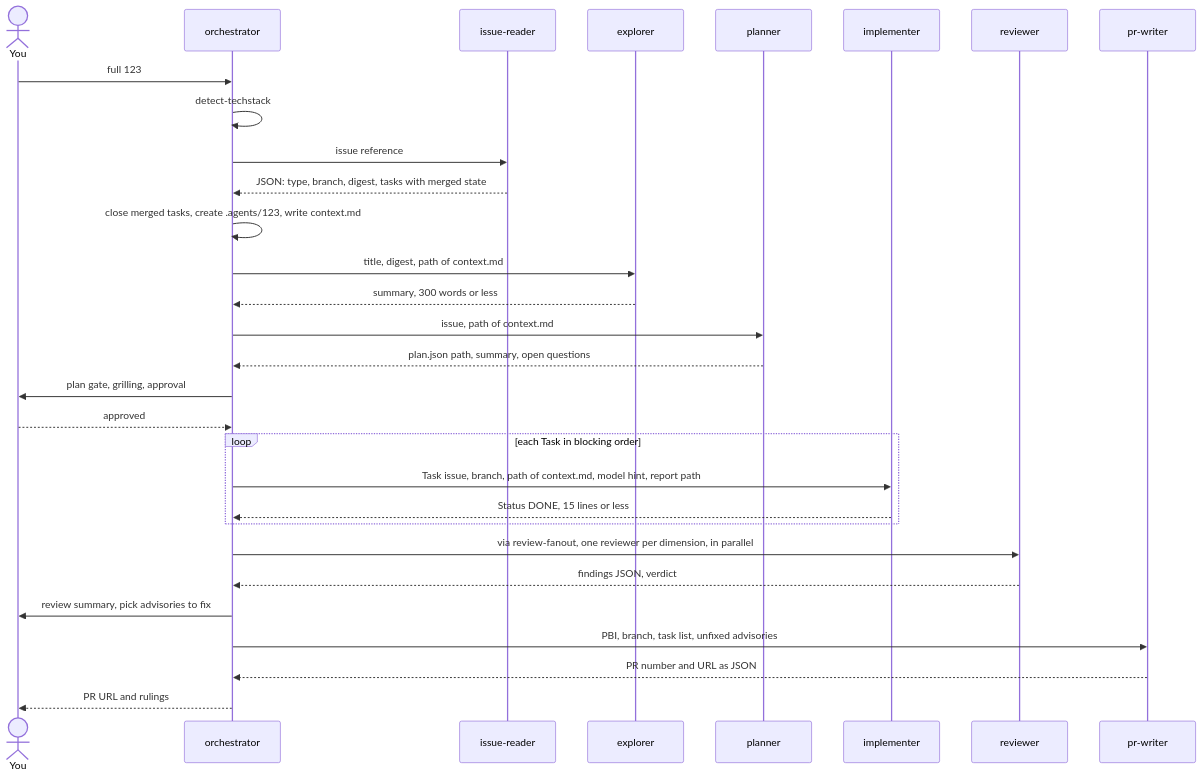
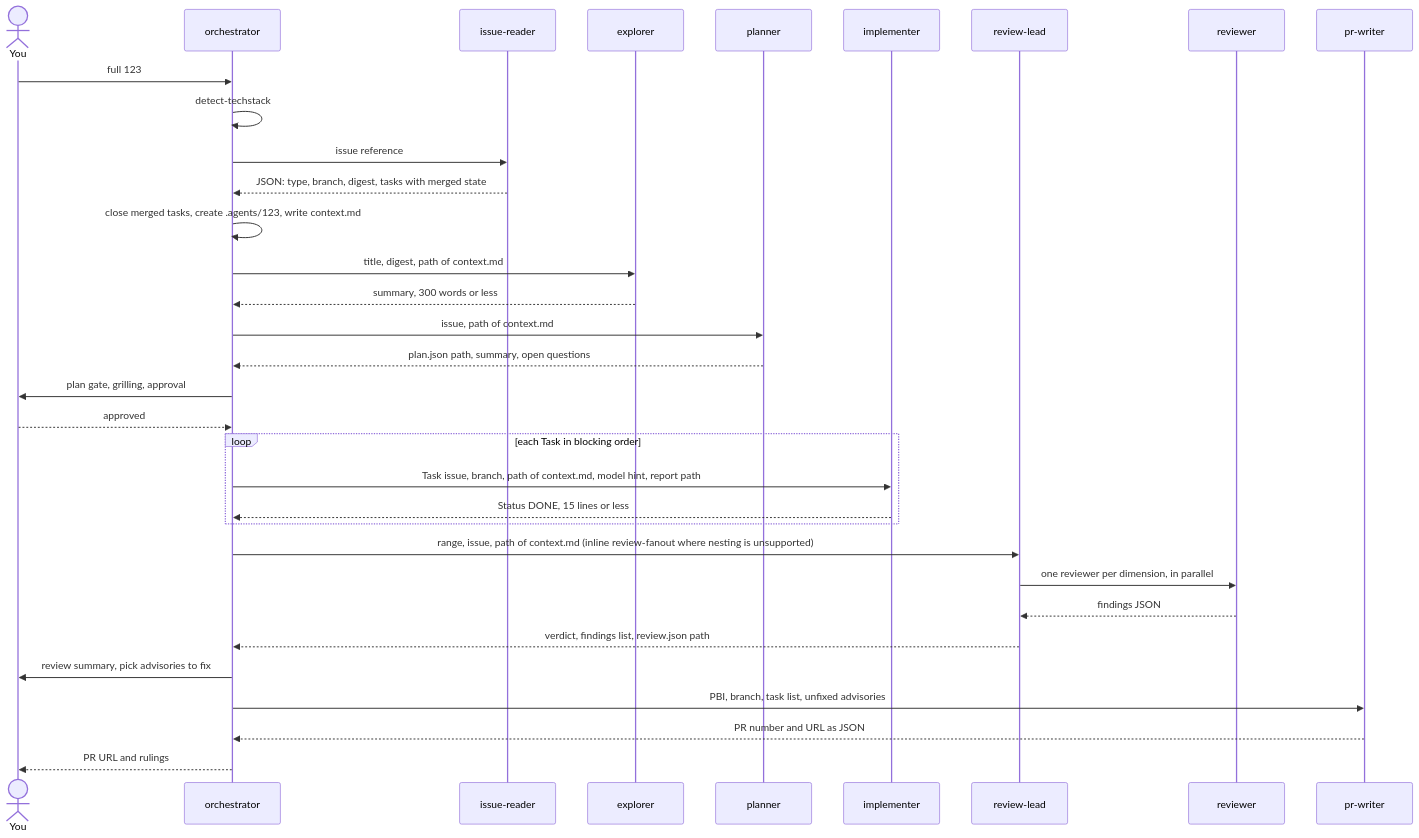
One commit to GravionLabs/apm-hub changed the third of 11 diagrams in docs/orchestrator.md. Above: the diagram before and after it, drawn with Mermaid. The commit also changed other lines of this file and 6 other files, not shown here.

First line of the commit message:
feat: dispatch review-lead in the review phase where nesting is supported (#307)

````diff
--- a/docs/orchestrator.md
+++ b/docs/orchestrator.md
@@ -87,32 +89,35 @@
 ```mermaid
 sequenceDiagram
     actor U as You
     participant O as orchestrator
     participant D as issue-reader
     participant E as explorer
     participant P as planner
     participant I as implementer
+    participant L as review-lead
     participant R as reviewer
     participant W as pr-writer
     U->>O: full 123
     O->>O: detect-techstack
     O->>D: issue reference
     D-->>O: JSON: type, branch, digest, tasks with merged state
     O->>O: close merged tasks, create .agents/123, write context.md
     O->>E: title, digest, path of context.md
     E-->>O: summary, 300 words or less
     O->>P: issue, path of context.md
     P-->>O: plan.json path, summary, open questions
     O->>U: plan gate, grilling, approval
     U-->>O: approved
     loop each Task in blocking order
         O->>I: Task issue, branch, path of context.md, model hint, report path
         I-->>O: Status DONE, 15 lines or less
     end
-    O->>R: via review-fanout, one reviewer per dimension, in parallel
-    R-->>O: findings JSON, verdict
+    O->>L: range, issue, path of context.md (inline review-fanout where nesting is unsupported)
+    L->>R: one reviewer per dimension, in parallel
+    R-->>L: findings JSON
+    L-->>O: verdict, findings list, review.json path
     O->>U: review summary, pick advisories to fix
     O->>W: PBI, branch, task list, unfixed advisories
     W-->>O: PR number and URL as JSON
     O-->>U: PR URL and rulings
 ```
````
